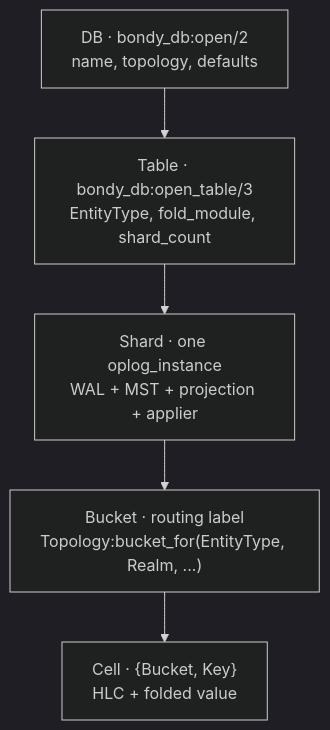
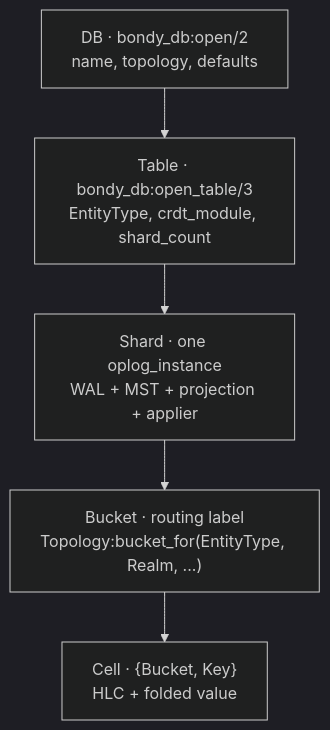
One commit to bondy-io/bondy_mst changed the first of 4 diagrams in doc_extras/architecture/07_app_developers_tour.md. Above: the diagram before and after it, drawn with Mermaid (dark theme). The commit also changed other lines of this file and 38 other files, not shown here.

Commit message:
add new CRDTs and document new architecture

````diff
--- a/doc_extras/architecture/07_app_developers_tour.md
+++ b/doc_extras/architecture/07_app_developers_tour.md
@@ -19,10 +19,10 @@
 ```mermaid
 flowchart TB
     DB["DB · bondy_db:open/2<br/>name, topology, defaults"]
-    TBL["Table · bondy_db:open_table/3<br/>EntityType, fold_module, shard_count"]
+    TBL["Table · bondy_db:open_table/3<br/>EntityType, crdt_module, shard_count"]
     SH["Shard · one oplog_instance<br/>WAL + MST + projection + applier"]
     BK["Bucket · routing label<br/>Topology:bucket_for(EntityType, Realm, ...)"]
     CELL["Cell · {Bucket, Key}<br/>HLC + folded value"]
 
     DB --> TBL --> SH --> BK --> CELL
 ```
````
